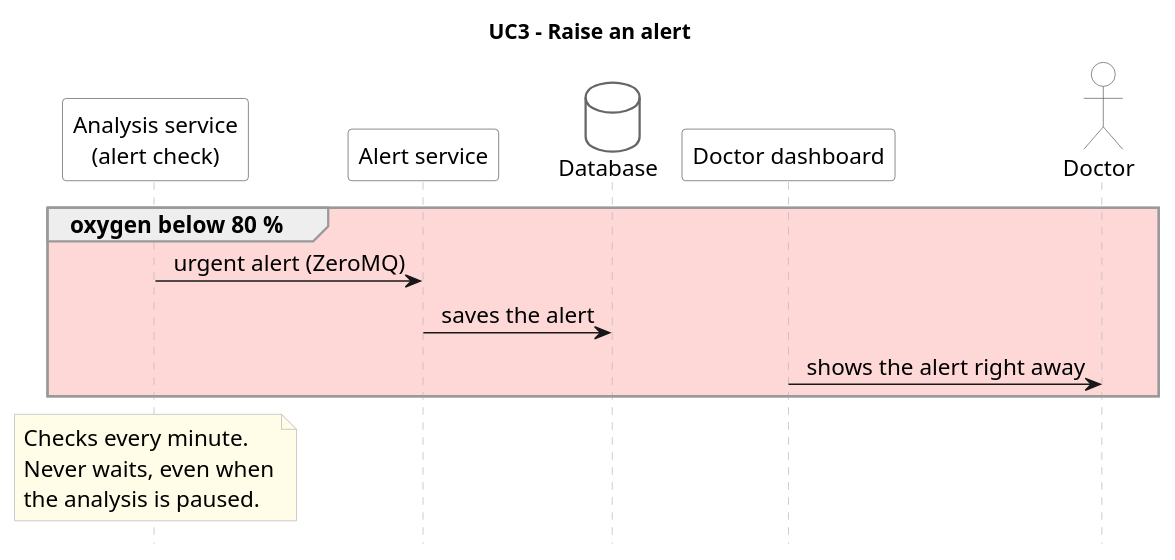
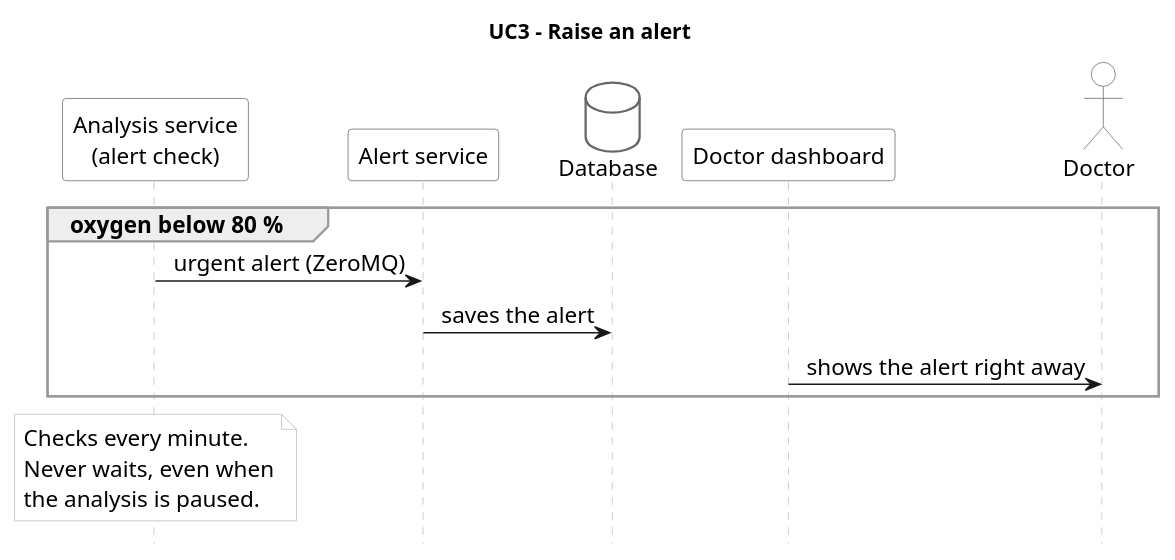
Before and after one commit to BarbaraKlimekTomatova/ACC1ILV-cloud-and-AI-infrastructure-for-sleep-apnea-detection-: the diagram in diagrams/usecases/10.11_A_UC3-raise-an-alert_v1.puml, drawn with PlantUML. The commit also changed 12 other files, not shown here.

Commit message:
update usecase diagrams

```diff
--- a/diagrams/usecases/10.11_A_UC3-raise-an-alert_v1.puml
+++ b/diagrams/usecases/10.11_A_UC3-raise-an-alert_v1.puml
@@ -1,42 +1,42 @@
 @startuml UC3
 skinparam shadowing false
 skinparam defaultFontName Arial
 skinparam defaultFontSize 15
 skinparam sequenceMessageAlign center
 skinparam sequence {
   LifeLineBorderColor #BBBBBB
   ParticipantBorderColor #666666
   ParticipantBackgroundColor #FFFFFF
   ActorBorderColor #666666
   ActorBackgroundColor #FFFFFF
   GroupBorderColor #999999
 }
 skinparam database {
   BorderColor #666666
   BackgroundColor #FFFFFF
 }
 skinparam queue {
   BorderColor #666666
   BackgroundColor #FFFFFF
 }
 skinparam note {
   BorderColor #BBBBBB
-  BackgroundColor #FFFDE7
+  BackgroundColor #FFFFFF
 }
 hide footbox
 title UC3 – Raise an alert
 
 participant "Analysis service\n(alert check)" as DET
 participant "Alert service" as ALR
 database "Database" as DB
 participant "Doctor dashboard" as DASH
 actor "Doctor" as DOC
 
-group #FED7D7 oxygen below 80 %
+group oxygen below 80 %
   DET -> ALR : urgent alert (ZeroMQ)
   ALR -> DB : saves the alert
   DASH -> DOC : shows the alert right away
 end
 
 note over DET : Checks every minute.\nNever waits, even when\nthe analysis is paused.
 @enduml
```
